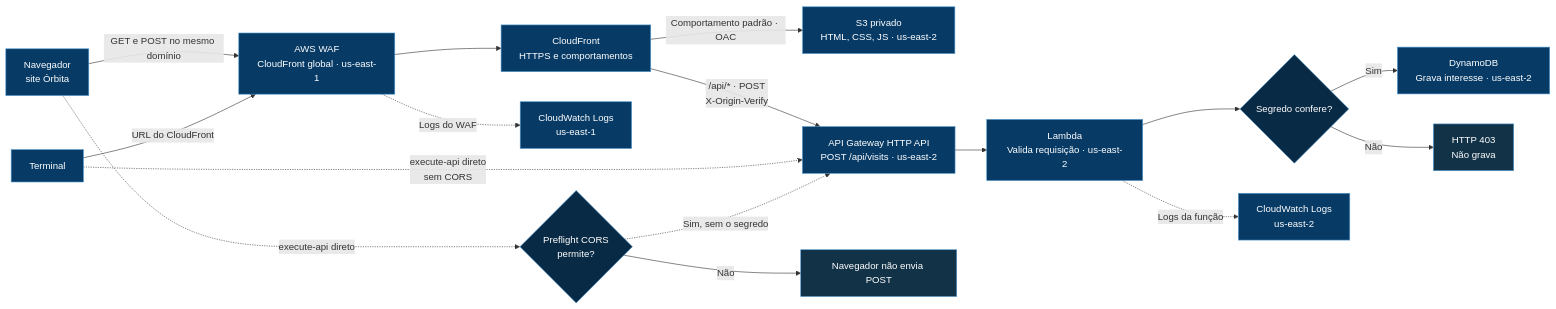
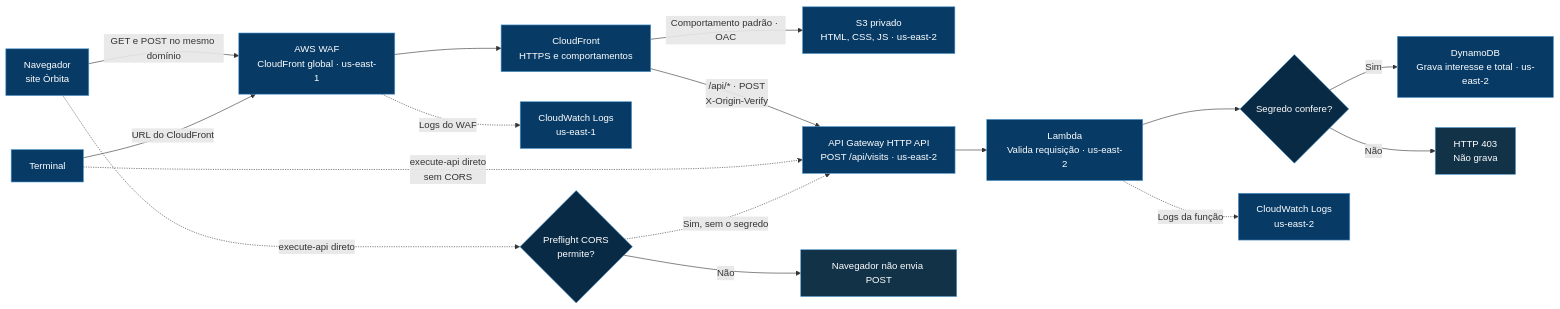
One commit to kimuraaa013/orbita-v2-projeto changed the diagram in README.md. Above: the diagram before and after it, drawn with Mermaid. The commit also changed other lines of this file and 1 other file, not shown here.

Commit message:
adicionado mais um atributo de dados no dynamo para facilitar uma query direto no dynamo

````diff
--- a/README.md
+++ b/README.md
@@ -22,25 +23,25 @@
 ```mermaid
 flowchart LR
     navegador["Navegador<br/>site Órbita"] -->|"GET e POST no mesmo domínio"| waf["AWS WAF<br/>CloudFront global · us-east-1"]
     terminal["Terminal"] -->|"URL do CloudFront"| waf
     waf --> cloudfront["CloudFront<br/>HTTPS e comportamentos"]
     cloudfront -->|"Comportamento padrão · OAC"| s3["S3 privado<br/>HTML, CSS, JS · us-east-2"]
     cloudfront -->|"/api/* · POST<br/>X-Origin-Verify"| api["API Gateway HTTP API<br/>POST /api/visits · us-east-2"]
     api --> lambda["Lambda<br/>Valida requisição · us-east-2"]
     lambda --> segredo{"Segredo confere?"}
-    segredo -->|"Sim"| dynamo["DynamoDB<br/>Grava interesse · us-east-2"]
+    segredo -->|"Sim"| dynamo["DynamoDB<br/>Grava interesse e total · us-east-2"]
     segredo -->|"Não"| negado["HTTP 403<br/>Não grava"]
     waf -.->|"Logs do WAF"| logsWaf["CloudWatch Logs<br/>us-east-1"]
     lambda -.->|"Logs da função"| logsLambda["CloudWatch Logs<br/>us-east-2"]
     terminal -.->|"execute-api direto<br/>sem CORS"| api
     navegador -.->|"execute-api direto"| cors{"Preflight CORS<br/>permite?"}
     cors -->|"Não"| semPost["Navegador não envia POST"]
     cors -.->|"Sim, sem o segredo"| api
 
     classDef principal fill:#073b66,stroke:#539ad1,color:#fff
     classDef decisao fill:#092a45,stroke:#539ad1,color:#fff
     classDef resultado fill:#123248,stroke:#539ad1,color:#fff
     class navegador,terminal,waf,cloudfront,s3,api,lambda,dynamo,logsWaf,logsLambda principal
     class segredo,cors decisao
     class negado,semPost resultado
 ```
````
